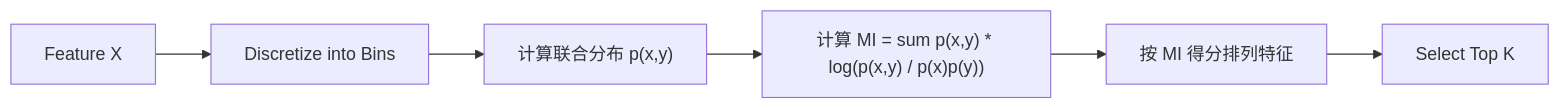
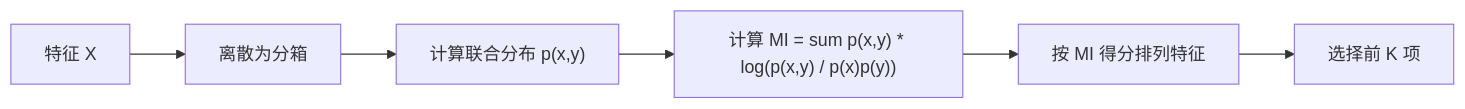
Before and after one commit to huangyue12120/Learning-Atlas: the second of 4 diagrams in content/translations/practice/02-ml-fundamentals/18-feature-selection/zh.md, drawn with Mermaid. The commit also changed other lines of this file and 24 other files, not shown here.

Commit message:
fix(reader): localize Mermaid in source content

````diff
--- a/content/translations/practice/02-ml-fundamentals/18-feature-selection/zh.md
+++ b/content/translations/practice/02-ml-fundamentals/18-feature-selection/zh.md
@@ -90,8 +90,8 @@
 ```mermaid
 flowchart LR
-    A[Feature X] --> B[Discretize into Bins]
+    A[特征 X] --> B[离散为分箱]
     B --> C["计算联合分布 p(x,y)"]
     C --> D["计算 MI = sum p(x,y) * log(p(x,y) / p(x)p(y))"]
     D --> E["按 MI 得分排列特征"]
-    E --> F[Select Top K]
+    E --> F[选择前 K 项]
 ```
````
